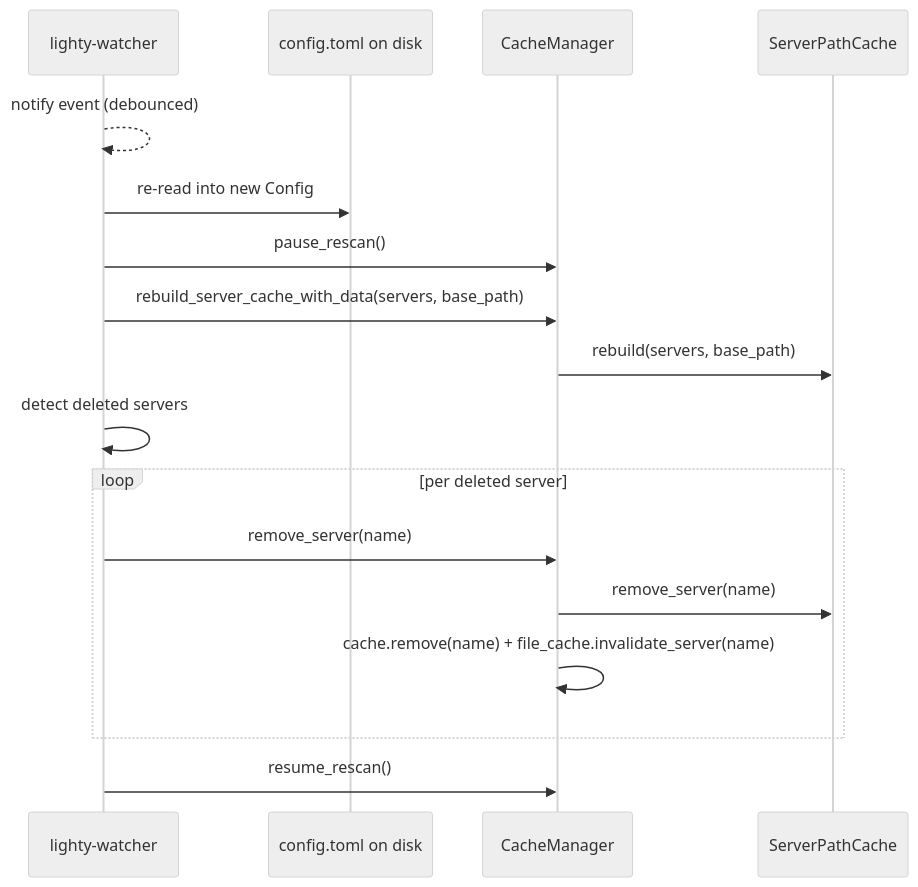
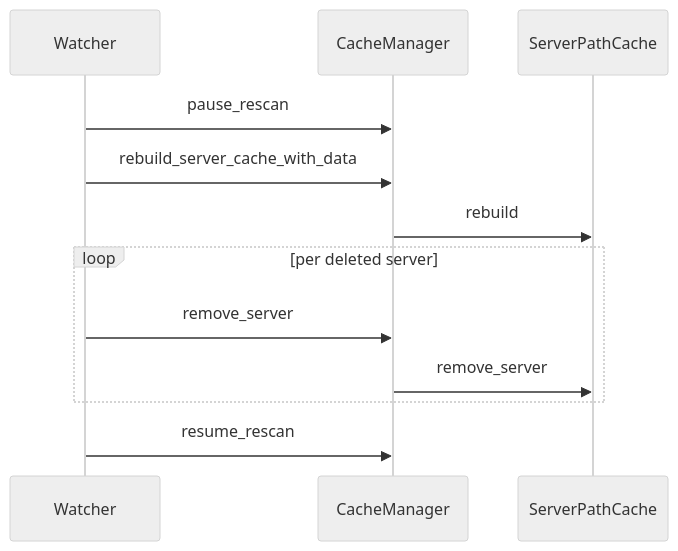
Before and after one commit to Lighty-Launcher/LightyUpdater: the third of 4 diagrams in crates/cache/docs/flows.md, drawn with Mermaid (neutral theme). The commit also changed other lines of this file and 22 other files, not shown here.

First line of the commit message:
Simplify per-crate docs + harden mermaid for GitBook

````diff
--- a/crates/cache/docs/flows.md
+++ b/crates/cache/docs/flows.md
@@ -65,20 +47,15 @@
 ```mermaid
 sequenceDiagram
-    participant Watcher as lighty-watcher
-    participant Cfg as config.toml on disk
+    participant Watcher
     participant CM as CacheManager
     participant SPC as ServerPathCache
 
-    Watcher-->>Watcher: notify event (debounced)
-    Watcher->>Cfg: re-read into new Config
-    Watcher->>CM: pause_rescan()
-    Watcher->>CM: rebuild_server_cache_with_data(servers, base_path)
-    CM->>SPC: rebuild(servers, base_path)
-    Watcher->>Watcher: detect deleted servers
+    Watcher->>CM: pause_rescan
+    Watcher->>CM: rebuild_server_cache_with_data
+    CM->>SPC: rebuild
     loop per deleted server
-        Watcher->>CM: remove_server(name)
-        CM->>SPC: remove_server(name)
-        CM->>CM: cache.remove(name) + file_cache.invalidate_server(name)
+        Watcher->>CM: remove_server
+        CM->>SPC: remove_server
     end
-    Watcher->>CM: resume_rescan()
+    Watcher->>CM: resume_rescan
 ```
````
